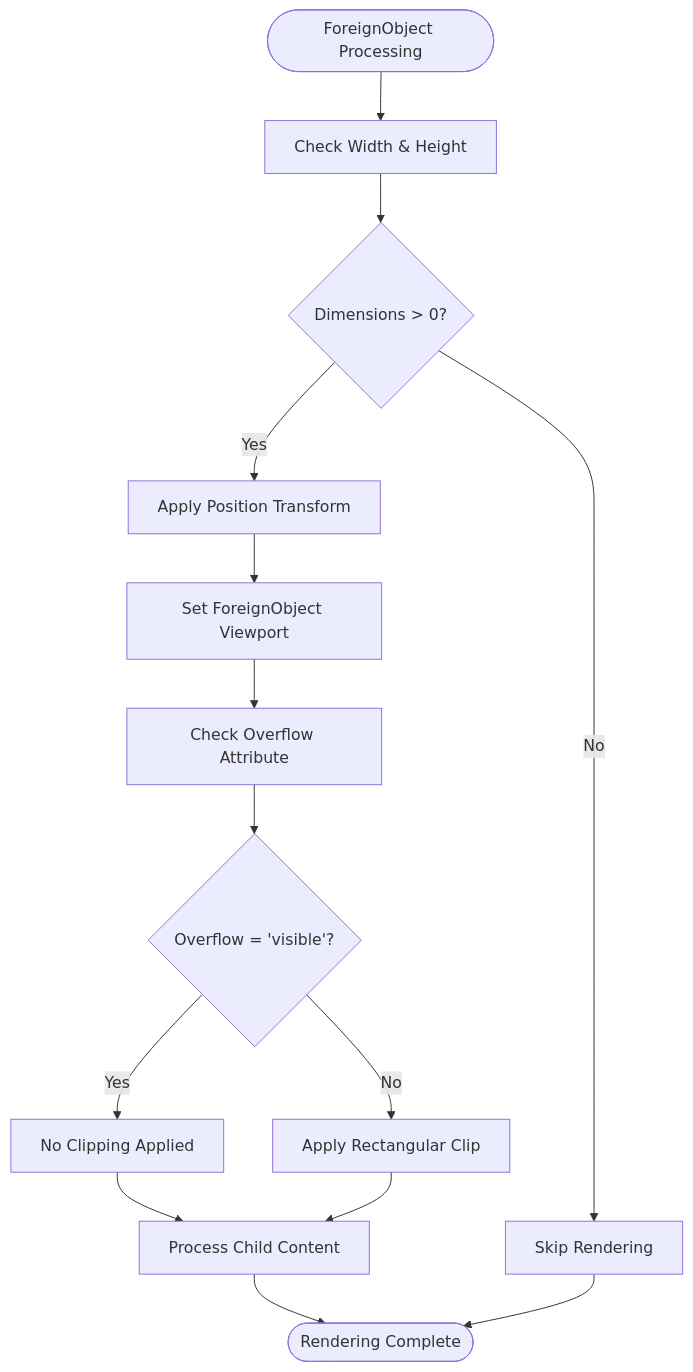
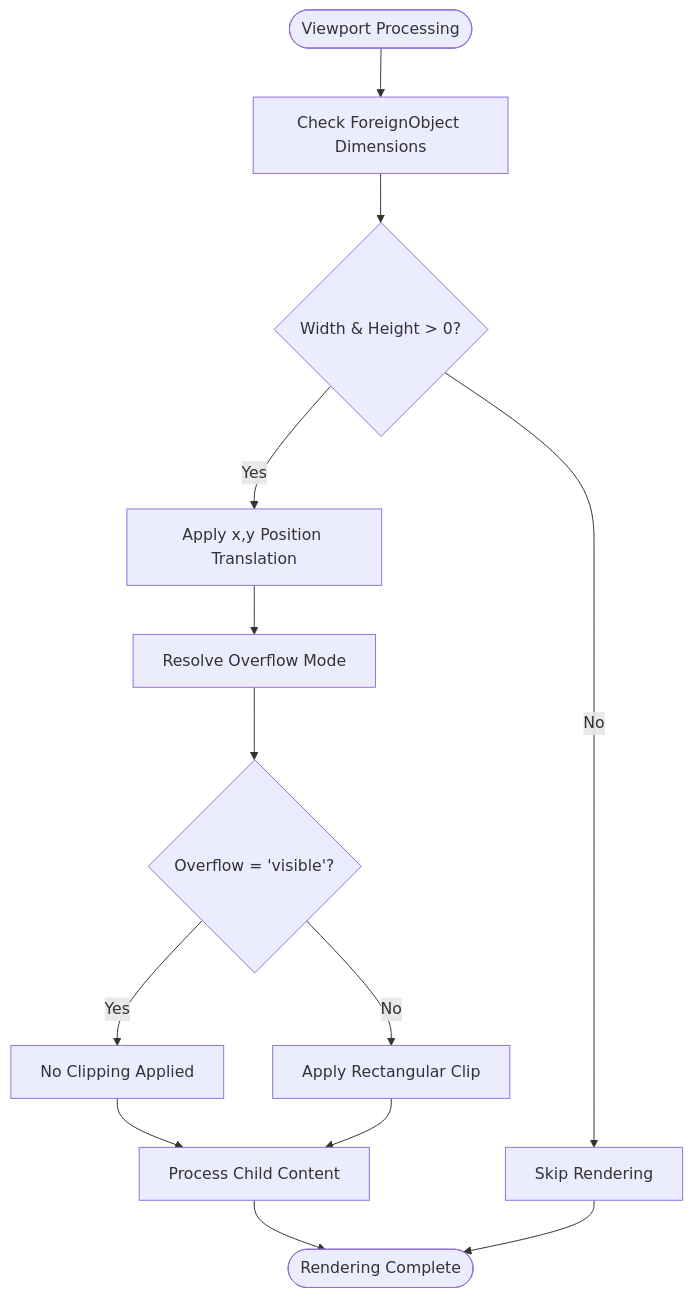
One commit to denisnadey/flutter_full_svg_support changed the fourth of 6 diagrams in .qoder/repowiki/en/content/Advanced Features/ForeignObject Semantics.md. Above: the diagram before and after it, drawn with Mermaid. The commit also changed other lines of this file and 25 other files, not shown here.

First line of the commit message:
feat(svg-foreignobject): enhance ForeignObject with advanced CSS inheritance and viewport management

````diff
--- a/.qoder/repowiki/en/content/Advanced Features/ForeignObject Semantics.md
+++ b/.qoder/repowiki/en/content/Advanced Features/ForeignObject Semantics.md
@@ -245,16 +252,15 @@
 ```mermaid
 flowchart TD
-Start([ForeignObject Processing]) --> CheckDimensions["Check Width & Height"]
-CheckDimensions --> ValidDimensions{"Dimensions > 0?"}
+Start([Viewport Processing]) --> CheckDimensions["Check ForeignObject Dimensions"]
+CheckDimensions --> ValidDimensions{"Width & Height > 0?"}
 ValidDimensions --> |No| SkipRender["Skip Rendering"]
-ValidDimensions --> |Yes| ApplyTransform["Apply Position Transform"]
-ApplyTransform --> SetViewport["Set ForeignObject Viewport"]
-SetViewport --> CheckOverflow["Check Overflow Attribute"]
+ValidDimensions --> |Yes| ApplyPosition["Apply x,y Position Translation"]
+ApplyPosition --> CheckOverflow["Resolve Overflow Mode"]
 CheckOverflow --> OverflowVisible{"Overflow = 'visible'?"}
 OverflowVisible --> |Yes| NoClip["No Clipping Applied"]
 OverflowVisible --> |No| ApplyClip["Apply Rectangular Clip"]
 NoClip --> ProcessChildren["Process Child Content"]
 ApplyClip --> ProcessChildren
 ProcessChildren --> End([Rendering Complete])
 SkipRender --> End
 ```
````
